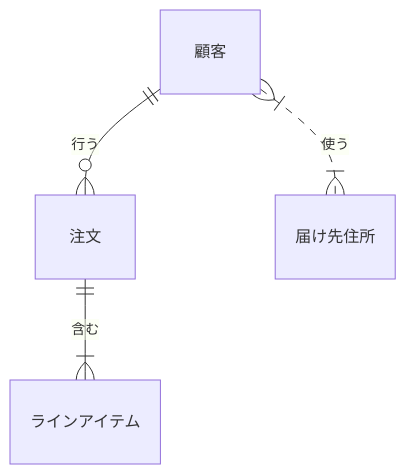
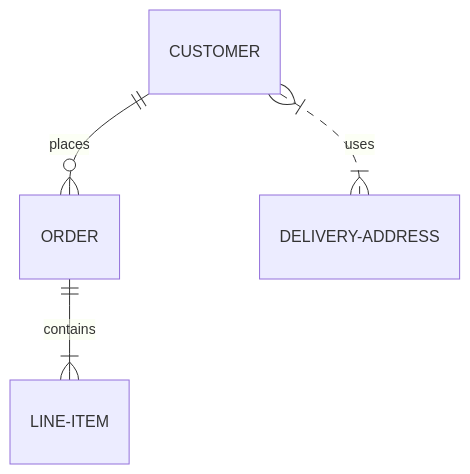
The ninth of 11 diagrams in README.md (gh640/mermaid-cheatsheet-ja), drawn with Mermaid before and after one commit. The commit also changed other lines of this file, not shown here.

Commit message:
Fix ER diagrams.

````diff
--- a/README.md
+++ b/README.md
@@ -222,6 +222,6 @@
 ```mermaid
 erDiagram
-    顧客 ||--o{ 注文 : 行う
-    注文 ||--|{ ラインアイテム : 含む
-    顧客 }|..|{ 届け先住所 : 使う
+    CUSTOMER ||--o{ ORDER : places
+    ORDER ||--|{ LINE-ITEM : contains
+    CUSTOMER }|..|{ DELIVERY-ADDRESS : uses
 ```
````
